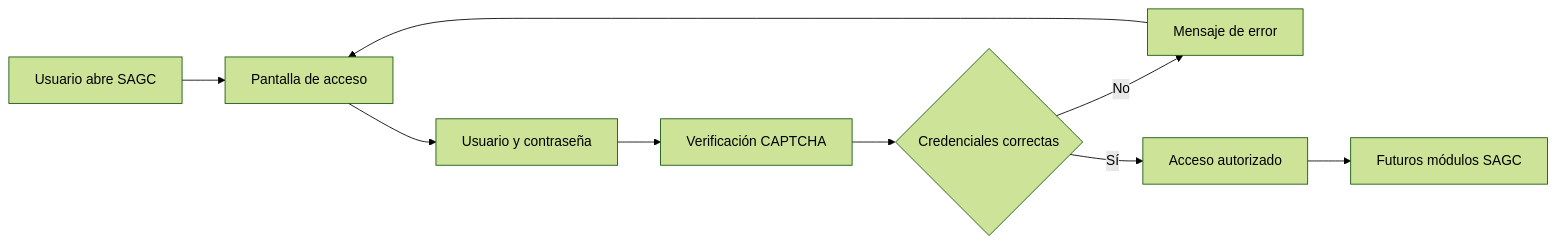
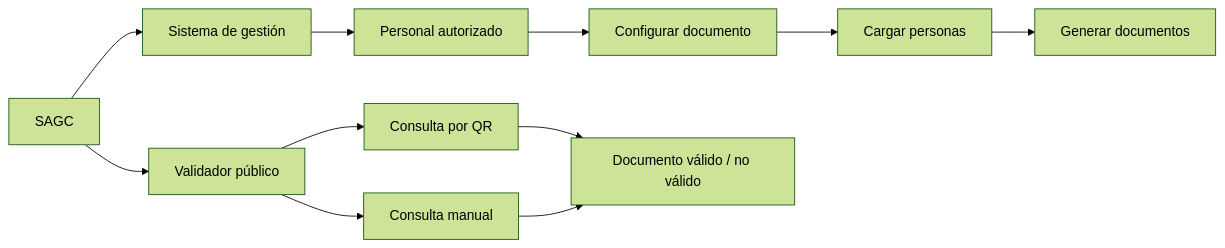
Before and after one commit to gio-canto/Sistema-automatizado-de-gesti-n-de-constancias-SAGC-: the first of 4 diagrams in README.md, drawn with Mermaid (forest theme). The commit also changed other lines of this file, not shown here.

Commit message:
Rewrite README around company expectations and SAGC proposal

````diff
--- a/README.md
+++ b/README.md
@@ -100,11 +78,15 @@
 ```mermaid
 flowchart LR
-    A[Usuario abre SAGC] --> B[Pantalla de acceso]
-    B --> C[Usuario y contraseña]
-    C --> D[Verificación CAPTCHA]
-    D --> E{Credenciales correctas}
-    E -- No --> F[Mensaje de error]
-    F --> B
-    E -- Sí --> G[Acceso autorizado]
-    G --> H[Futuros módulos SAGC]
+    A[SAGC] --> B[Sistema de gestión]
+    A --> C[Validador público]
+
+    B --> D[Personal autorizado]
+    D --> E[Configurar documento]
+    E --> F[Cargar personas]
+    F --> G[Generar documentos]
+
+    C --> H[Consulta por QR]
+    C --> I[Consulta manual]
+    H --> J[Documento válido / no válido]
+    I --> J
 ```
````
